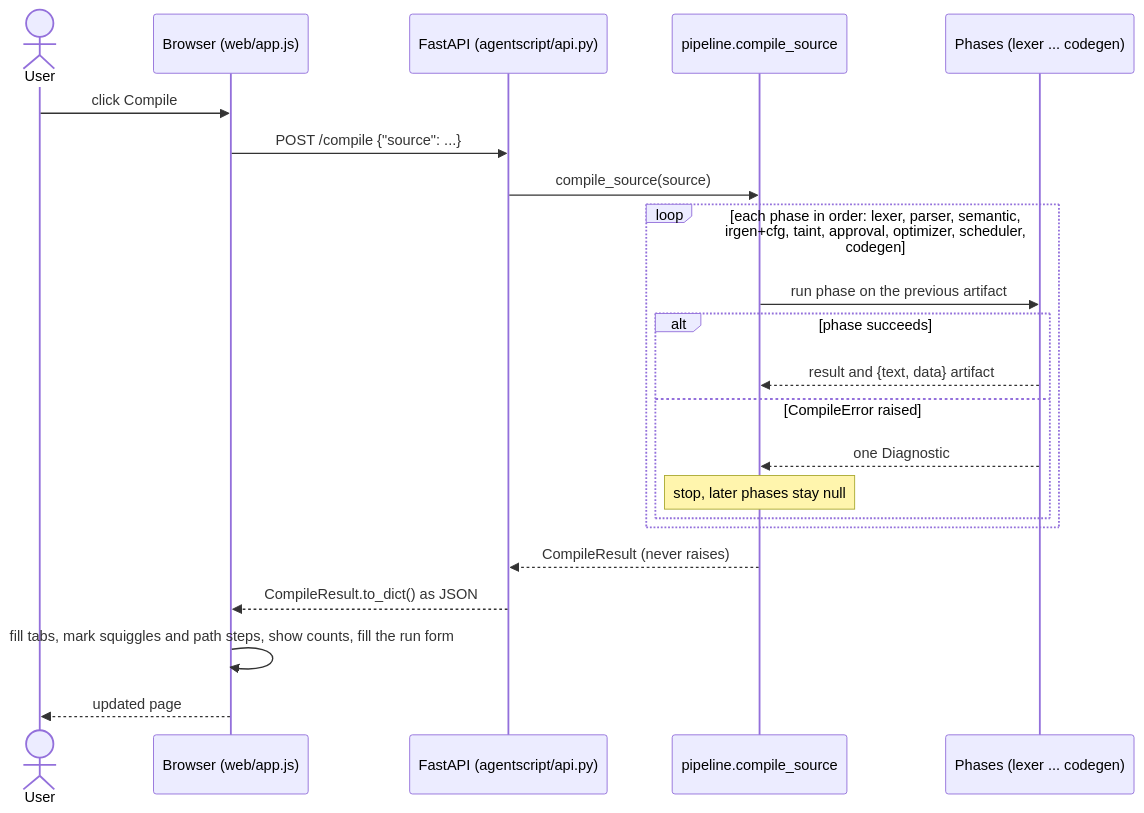
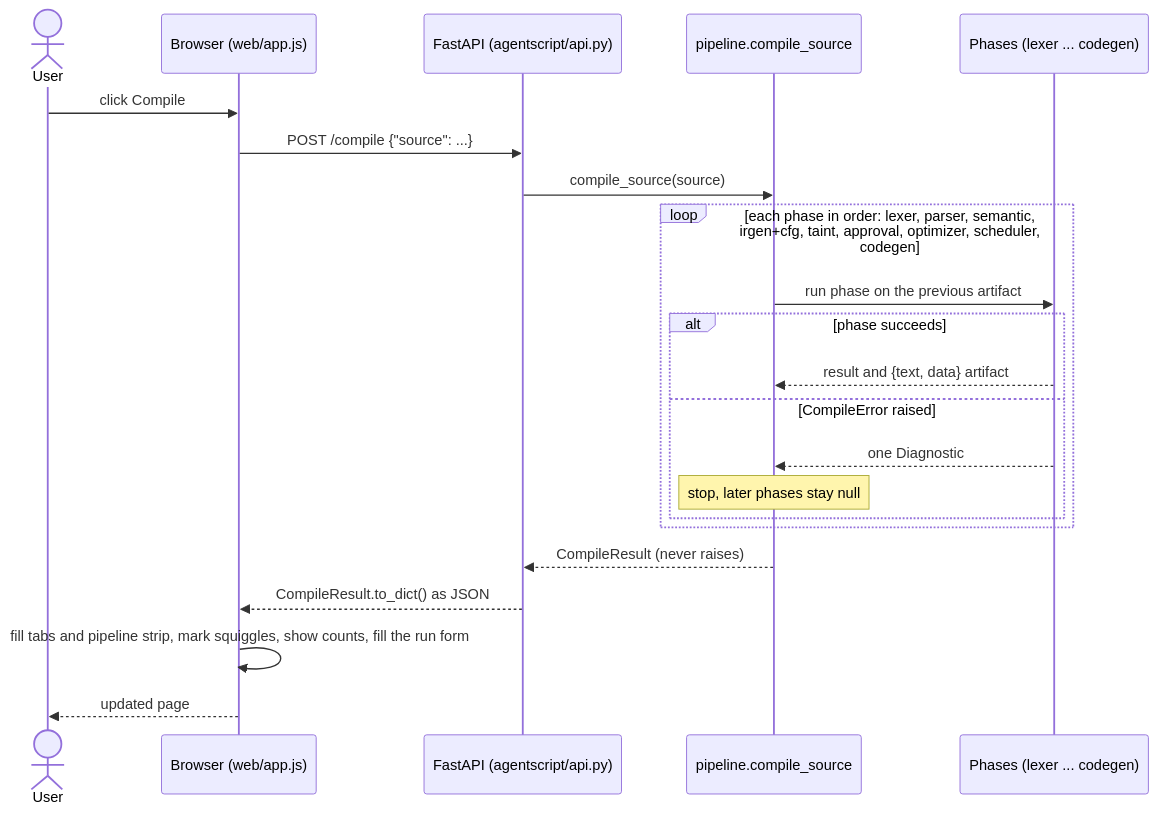
Before and after one commit to AshvikMishra/AgentScript: the diagram in docs/how-it-works/10-editor-and-api.md, drawn with Mermaid. The commit also changed other lines of this file and 1 other file, not shown here.

````diff
--- a/docs/how-it-works/10-editor-and-api.md
+++ b/docs/how-it-works/10-editor-and-api.md
@@ -105,24 +133,24 @@
 ```mermaid
 sequenceDiagram
     actor U as User
     participant B as Browser (web/app.js)
     participant A as FastAPI (agentscript/api.py)
     participant P as pipeline.compile_source
     participant Ph as Phases (lexer ... codegen)
     U->>B: click Compile
     B->>A: POST /compile {"source": ...}
     A->>P: compile_source(source)
     loop each phase in order: lexer, parser, semantic, irgen+cfg, taint, approval, optimizer, scheduler, codegen
         P->>Ph: run phase on the previous artifact
         alt phase succeeds
             Ph-->>P: result and {text, data} artifact
         else CompileError raised
             Ph-->>P: one Diagnostic
             Note over P: stop, later phases stay null
         end
     end
     P-->>A: CompileResult (never raises)
     A-->>B: CompileResult.to_dict() as JSON
-    B->>B: fill tabs, mark squiggles and path steps, show counts, fill the run form
+    B->>B: fill tabs and pipeline strip, mark squiggles, show counts, fill the run form
     B-->>U: updated page
 ```
````
